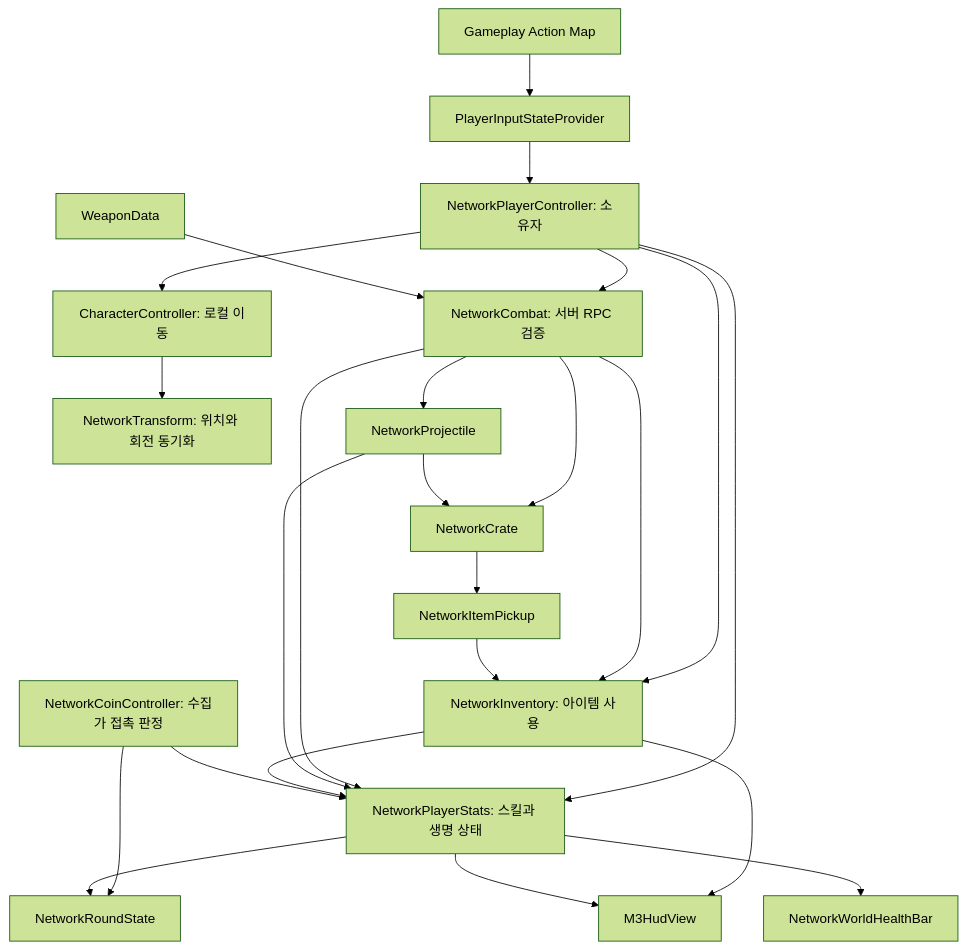
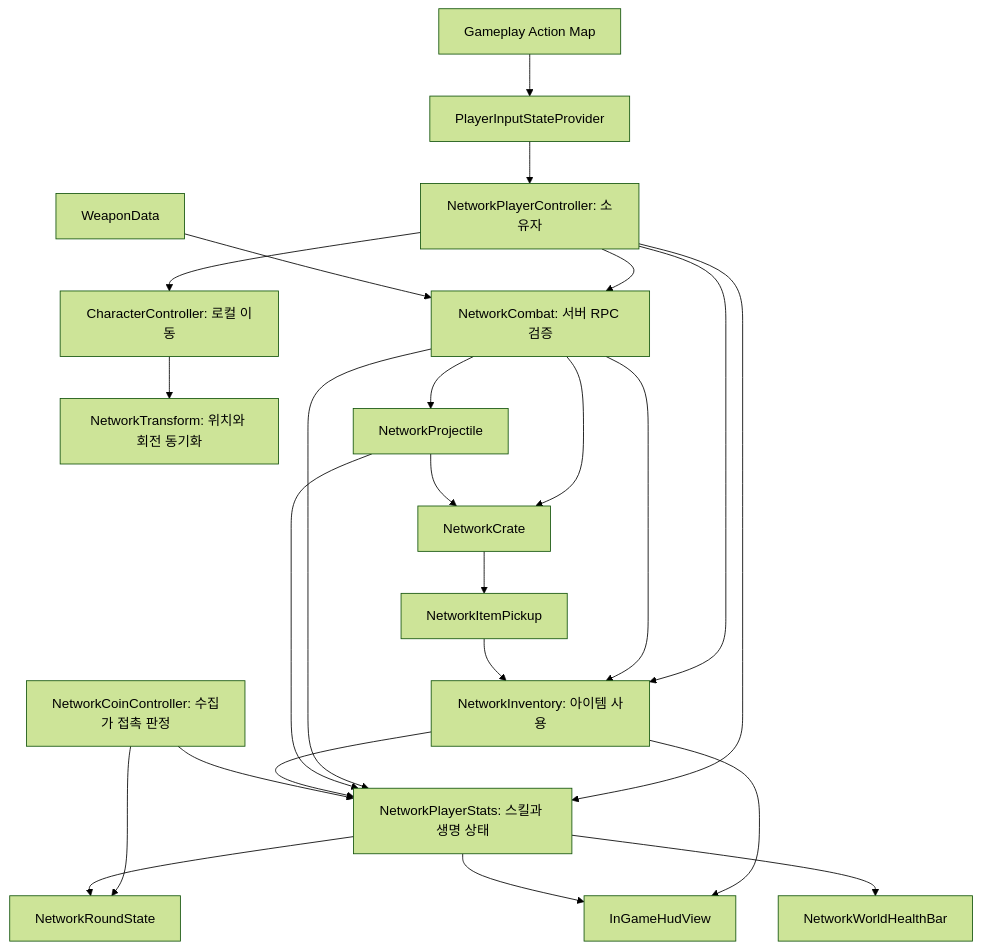
The second of 2 diagrams in PlatformCoinLab/CoinGame_GDD.md (LTHAHOON/PlatformCoinLab), drawn with Mermaid (forest theme) before and after one commit. The commit also changed other lines of this file and 491 other files, not shown here.

````diff
--- a/PlatformCoinLab/CoinGame_GDD.md
+++ b/PlatformCoinLab/CoinGame_GDD.md
@@ -615,26 +617,26 @@
 ```mermaid
 flowchart TD
     Actions[Gameplay Action Map] --> Provider[PlayerInputStateProvider]
     Provider --> Controller[NetworkPlayerController: 소유자]
     Controller --> Move[CharacterController: 로컬 이동]
     Move --> Transform[NetworkTransform: 위치와 회전 동기화]
     Controller --> Combat[NetworkCombat: 서버 RPC 검증]
     Controller --> Stats[NetworkPlayerStats: 스킬과 생명 상태]
     Controller --> Inventory[NetworkInventory: 아이템 사용]
     Weapon[WeaponData] --> Combat
     Combat --> Inventory
     Combat --> Projectile[NetworkProjectile]
     Combat --> Crate[NetworkCrate]
     Combat --> Stats
     Projectile --> Stats
     Projectile --> Crate
     Crate --> Pickup[NetworkItemPickup]
     Pickup --> Inventory
     Inventory --> Stats
     Coin[NetworkCoinController: 수집가 접촉 판정] --> Stats
     Coin --> Round[NetworkRoundState]
     Stats --> Round
-    Inventory --> HUD[M3HudView]
+    Inventory --> HUD[InGameHudView]
     Stats --> HUD
     Stats --> Bar[NetworkWorldHealthBar]
 ```
````
